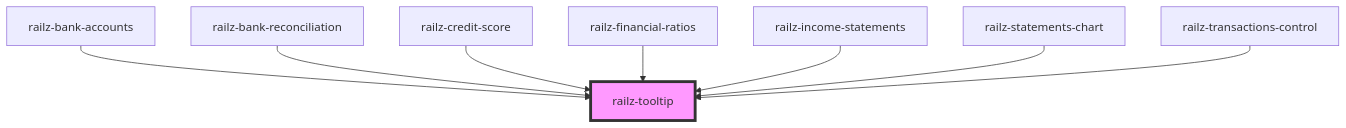
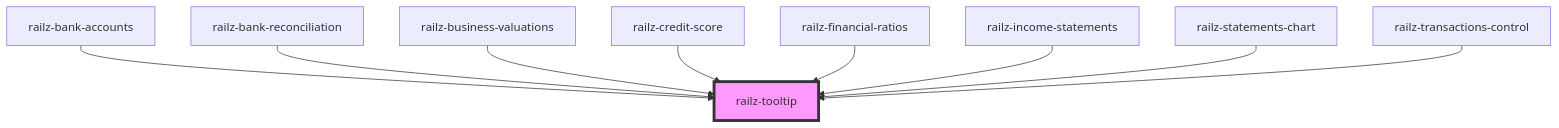
One commit to railz-ai/railz-visualizations changed the diagram in packages/components/src/elements/tooltip/readme.md. Above: the diagram before and after it, drawn with Mermaid. The commit also changed other lines of this file and 17 other files, not shown here.

````diff
--- a/packages/components/src/elements/tooltip/readme.md
+++ b/packages/components/src/elements/tooltip/readme.md
@@ -27,11 +28,12 @@
 ```mermaid
 graph TD;
   railz-bank-accounts --> railz-tooltip
   railz-bank-reconciliation --> railz-tooltip
+  railz-business-valuations --> railz-tooltip
   railz-credit-score --> railz-tooltip
   railz-financial-ratios --> railz-tooltip
   railz-income-statements --> railz-tooltip
   railz-statements-chart --> railz-tooltip
   railz-transactions-control --> railz-tooltip
   style railz-tooltip fill:#f9f,stroke:#333,stroke-width:4px
 ```
````
